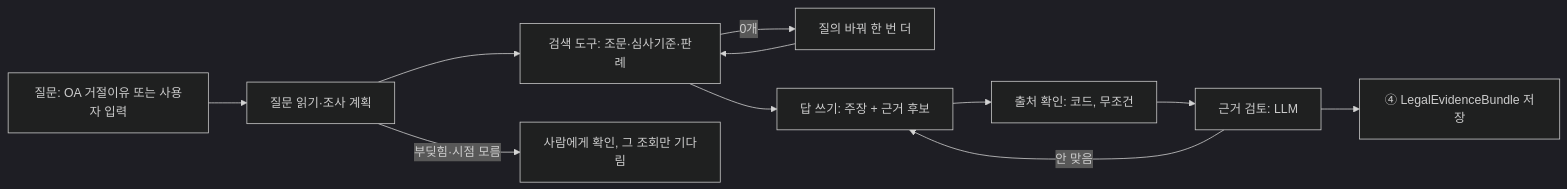
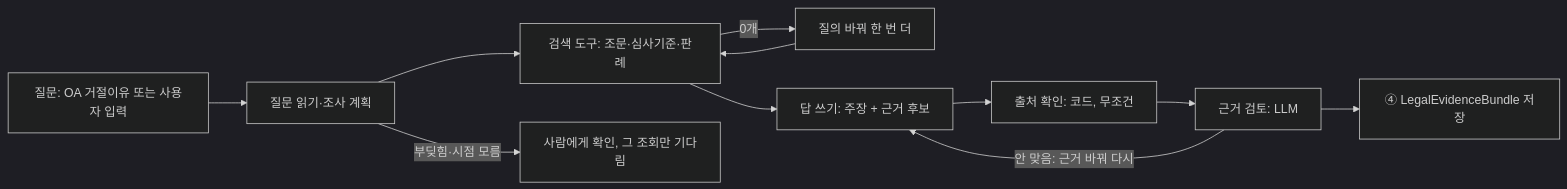
Before and after one commit to merge-mates/patent-ai-workspace: the diagram in docs/features/F2/design.md, drawn with Mermaid (dark theme). The commit also changed other lines of this file and 1 other file, not shown here.

````diff
--- a/docs/features/F2/design.md
+++ b/docs/features/F2/design.md
@@ -28,12 +28,12 @@
 ```mermaid
 flowchart LR
     Q[질문: OA 거절이유 또는 사용자 입력] --> P[질문 읽기·조사 계획]
     P --> S[검색 도구: 조문·심사기준·판례]
     S -- 0개 --> R[질의 바꿔 한 번 더] --> S
     S --> W[답 쓰기: 주장 + 근거 후보]
     W --> C[출처 확인: 코드, 무조건]
     C --> V[근거 검토: LLM]
-    V -- 안 맞음 --> W
+    V -- 안 맞음: 근거 바꿔 다시 --> W
     V --> B[④ LegalEvidenceBundle 저장]
     P -- 부딪힘·시점 모름 --> H[사람에게 확인, 그 조회만 기다림]
 ```
````
